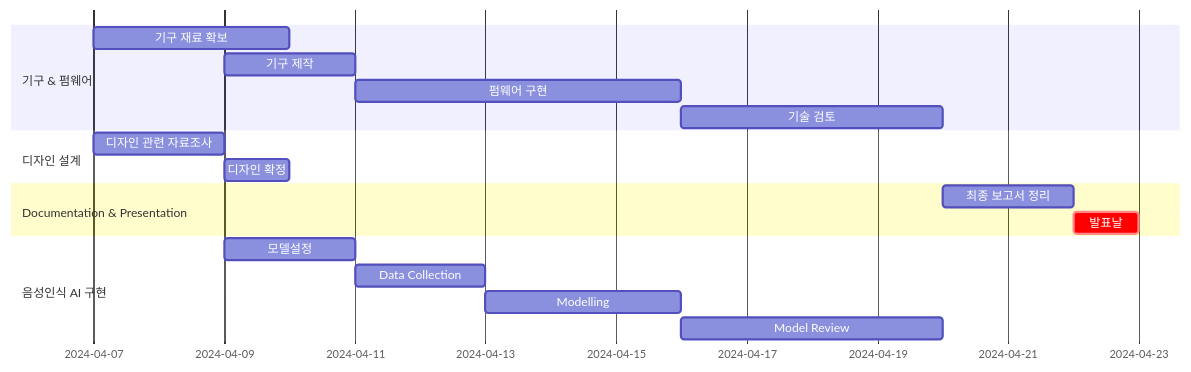
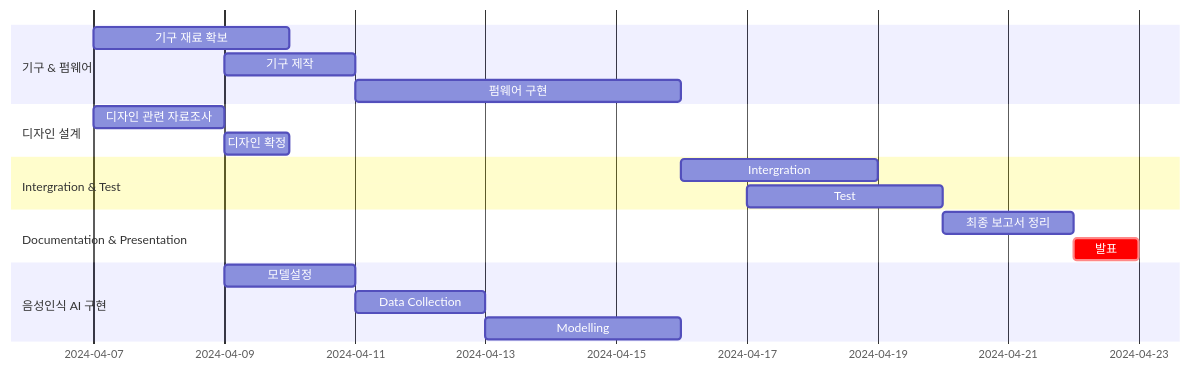
One commit to yonggarigari/soundRecognitionRecycleBin changed the diagram in README.md. Above: the diagram before and after it, drawn with Mermaid.

````diff
--- a/README.md
+++ b/README.md
@@ -22,27 +22,31 @@
 ```mermaid
 gantt
     dateFormat  MM-DD-YYYY
     
 	
 	section 기구 & 펌웨어
                 기구 재료 확보 :2024-04-07, 3d
                 기구 제작  : 2024-04-09, 2d
                 펌웨어 구현 : 2024-04-11, 5d
-                기술 검토: 2024-04-16, 4d
+    
 
 	section 디자인 설계
                 디자인 관련 자료조사 :2024-04-07, 2d
                 디자인 확정 :2024-04-09, 1d
 
-  section Documentation & Presentation
+section Intergration & Test
+		Intergration: 2024-04-16, 3d
+		Test: 2024-04-17,3d
+
+section Documentation & Presentation
                 최종 보고서 정리 : 2024-04-20, 2d
-                발표날 : crit, 2024-04-22,1d
+                발표 : crit, 2024-04-22,1d
 
   section 음성인식 AI 구현
                 모델설정 : 2024-04-09, 2d
                 Data Collection : 2024-04-11, 2d
                 Modelling : 2024-04-13, 3d
-	              Model Review : 2024-04-16, 4d
- 
+	         
+
 
 ```
````
